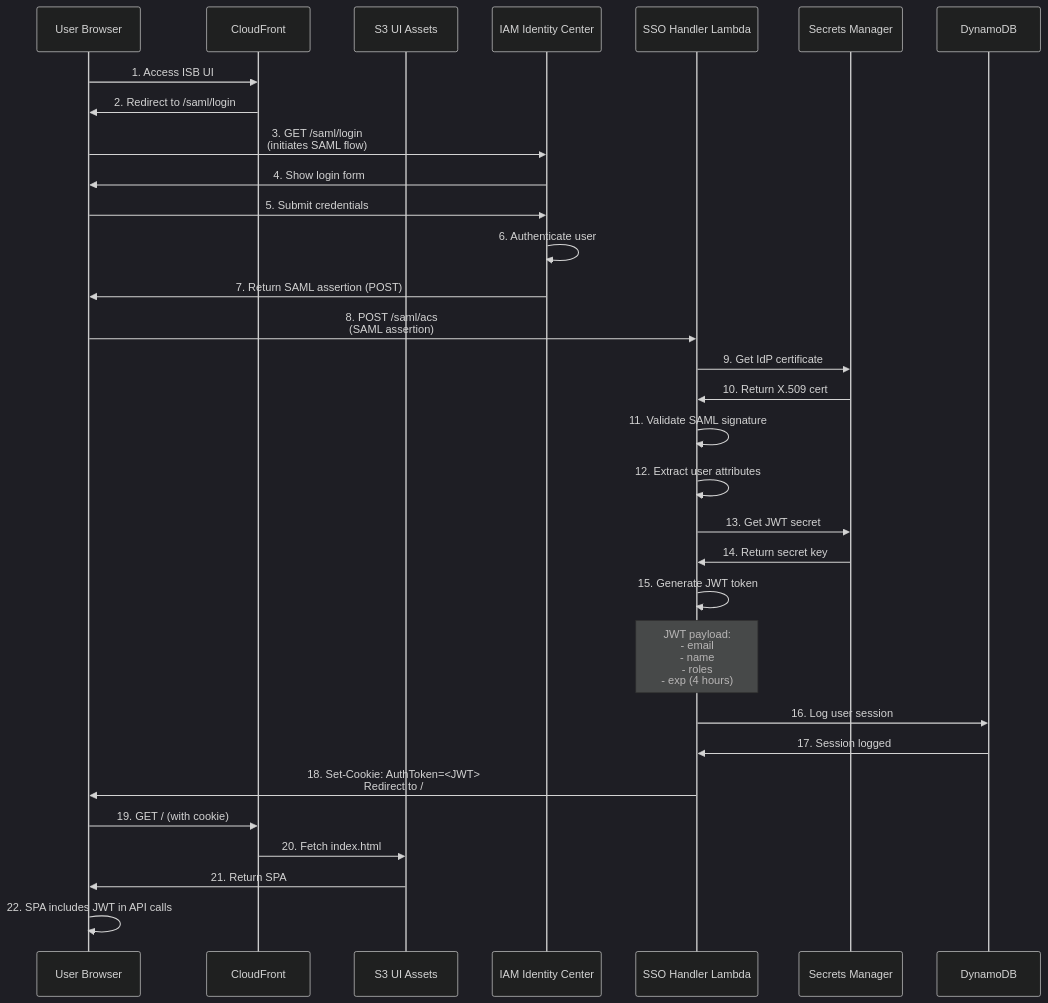
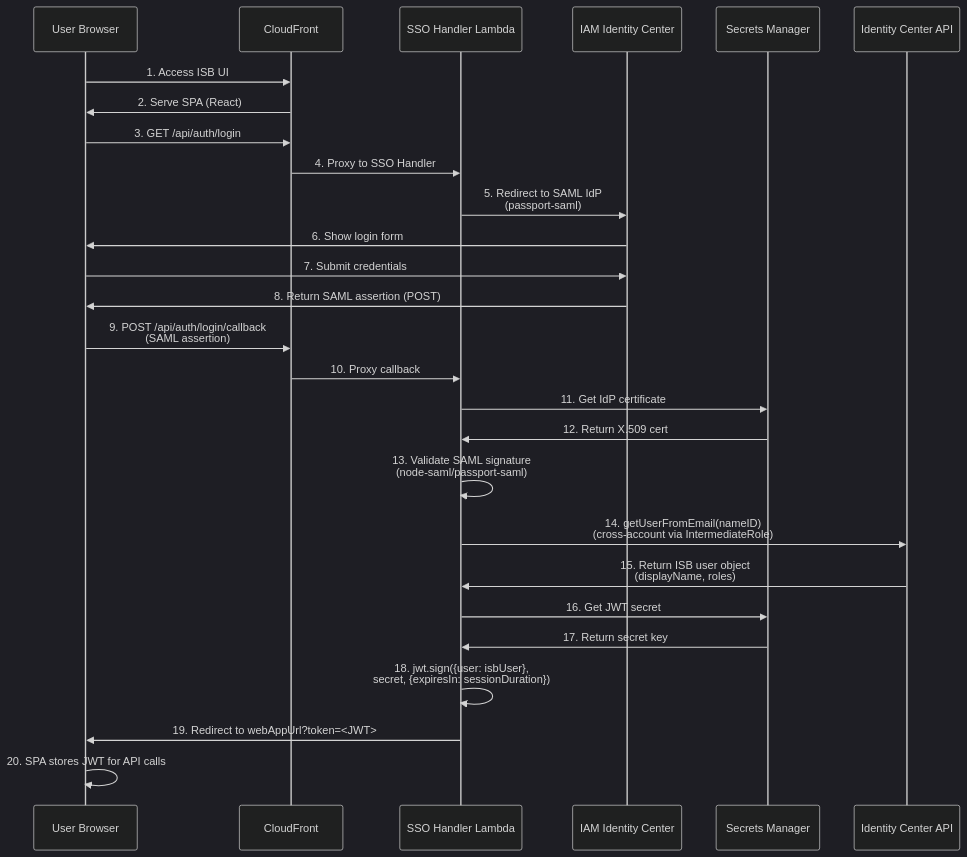
One commit to co-cddo/ndx-try-arch changed the second of 4 diagrams in docs/60-auth-architecture.md. Above: the diagram before and after it, drawn with Mermaid (dark theme). The commit also changed other lines of this file and 41 other files, not shown here.

First line of the commit message:
docs: update NDX architecture documentation (#9)

````diff
--- a/docs/60-auth-architecture.md
+++ b/docs/60-auth-architecture.md
@@ -143,44 +113,38 @@
 ```mermaid
 sequenceDiagram
     participant User as User Browser
     participant CF as CloudFront
-    participant S3 as S3 UI Assets
+    participant Lambda as SSO Handler Lambda
     participant IDC as IAM Identity Center
-    participant Lambda as SSO Handler Lambda
     participant Secrets as Secrets Manager
-    participant DDB as DynamoDB
+    participant IdcSvc as Identity Center API
 
     User->>CF: 1. Access ISB UI
-    CF->>User: 2. Redirect to /saml/login
+    CF->>User: 2. Serve SPA (React)
+    User->>CF: 3. GET /api/auth/login
+    CF->>Lambda: 4. Proxy to SSO Handler
 
-    User->>IDC: 3. GET /saml/login<br/>(initiates SAML flow)
-    IDC->>User: 4. Show login form
+    Lambda->>IDC: 5. Redirect to SAML IdP<br/>(passport-saml)
+    IDC->>User: 6. Show login form
+    User->>IDC: 7. Submit credentials
+    IDC->>User: 8. Return SAML assertion (POST)
 
-    User->>IDC: 5. Submit credentials
-    IDC->>IDC: 6. Authenticate user
+    User->>CF: 9. POST /api/auth/login/callback<br/>(SAML assertion)
+    CF->>Lambda: 10. Proxy callback
 
-    IDC->>User: 7. Return SAML assertion (POST)
-    User->>Lambda: 8. POST /saml/acs<br/>(SAML assertion)
+    Lambda->>Secrets: 11. Get IdP certificate
+    Secrets->>Lambda: 12. Return X.509 cert
 
-    Lambda->>Secrets: 9. Get IdP certificate
-    Secrets->>Lambda: 10. Return X.509 cert
+    Lambda->>Lambda: 13. Validate SAML signature<br/>(node-saml/passport-saml)
 
-    Lambda->>Lambda: 11. Validate SAML signature
-    Lambda->>Lambda: 12. Extract user attributes
+    Lambda->>IdcSvc: 14. getUserFromEmail(nameID)<br/>(cross-account via IntermediateRole)
+    IdcSvc->>Lambda: 15. Return ISB user object<br/>(displayName, roles)
 
-    Lambda->>Secrets: 13. Get JWT secret
-    Secrets->>Lambda: 14. Return secret key
+    Lambda->>Secrets: 16. Get JWT secret
+    Secrets->>Lambda: 17. Return secret key
 
-    Lambda->>Lambda: 15. Generate JWT token
-    Note over Lambda: JWT payload:<br/>- email<br/>- name<br/>- roles<br/>- exp (4 hours)
+    Lambda->>Lambda: 18. jwt.sign({user: isbUser},<br/>secret, {expiresIn: sessionDuration})
 
-    Lambda->>DDB: 16. Log user session
-    DDB->>Lambda: 17. Session logged
-
-    Lambda->>User: 18. Set-Cookie: AuthToken=<JWT><br/>Redirect to /
-    User->>CF: 19. GET / (with cookie)
-    CF->>S3: 20. Fetch index.html
-    S3->>User: 21. Return SPA
-
-    User->>User: 22. SPA includes JWT in API calls
+    Lambda->>User: 19. Redirect to webAppUrl?token=<JWT>
+    User->>User: 20. SPA stores JWT for API calls
 ```
````
